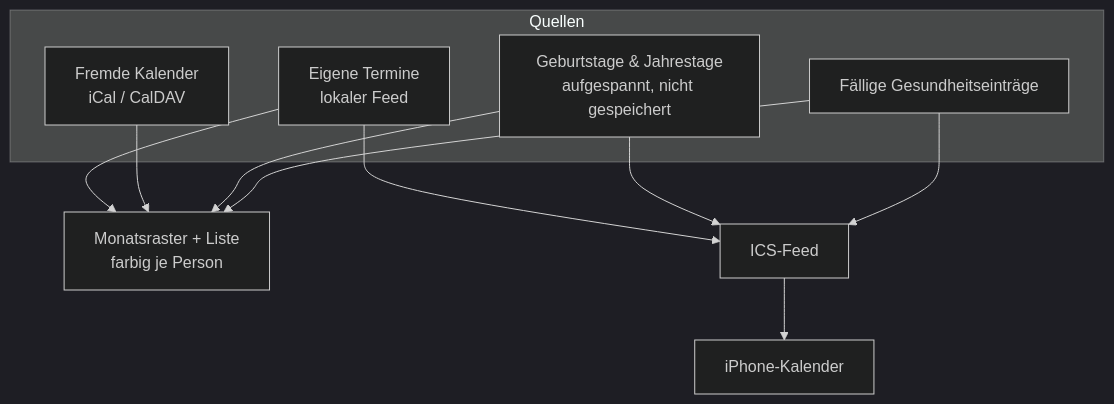
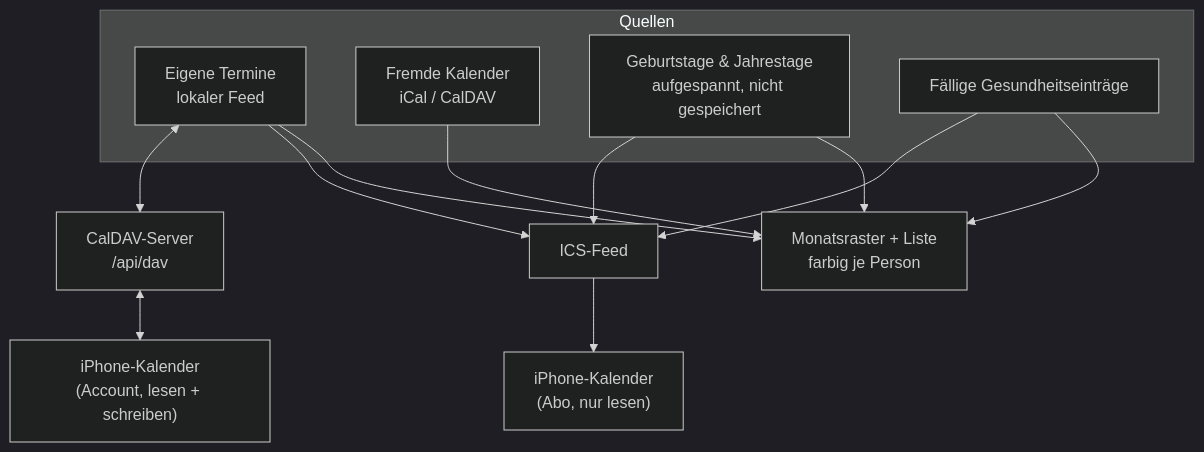
One commit to Nehmo101/UWE changed the diagram in docs/family/kalender.md. Above: the diagram before and after it, drawn with Mermaid (dark theme). The commit also changed other lines of this file and 8 other files, not shown here.

First line of the commit message:
docs(family): CalDAV-Server dokumentieren, Command-Center-Proxy-Wrapping extrahieren

````diff
--- a/docs/family/kalender.md
+++ b/docs/family/kalender.md
@@ -5,19 +5,22 @@
 ```mermaid
 flowchart TB
   subgraph Quellen
     E["Eigene Termine<br/>lokaler Feed"]
     F["Fremde Kalender<br/>iCal / CalDAV"]
     G["Geburtstage & Jahrestage<br/>aufgespannt, nicht gespeichert"]
     H["Fällige Gesundheitseinträge"]
   end
 
   E --> V["Monatsraster + Liste<br/>farbig je Person"]
   F --> V
   G --> V
   H --> V
 
   E --> ICS["ICS-Feed"]
   G --> ICS
   H --> ICS
-  ICS --> P["iPhone-Kalender"]
+  ICS --> P["iPhone-Kalender<br/>(Abo, nur lesen)"]
+
+  E <--> DAV["CalDAV-Server<br/>/api/dav"]
+  DAV <--> Q["iPhone-Kalender<br/>(Account, lesen + schreiben)"]
 ```
````
